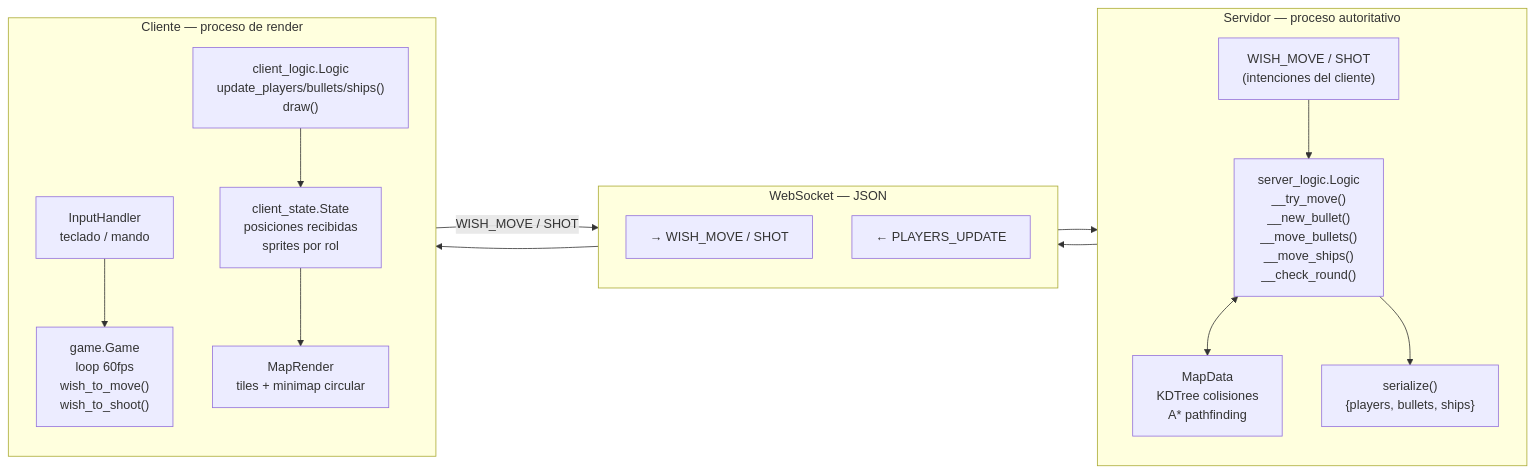
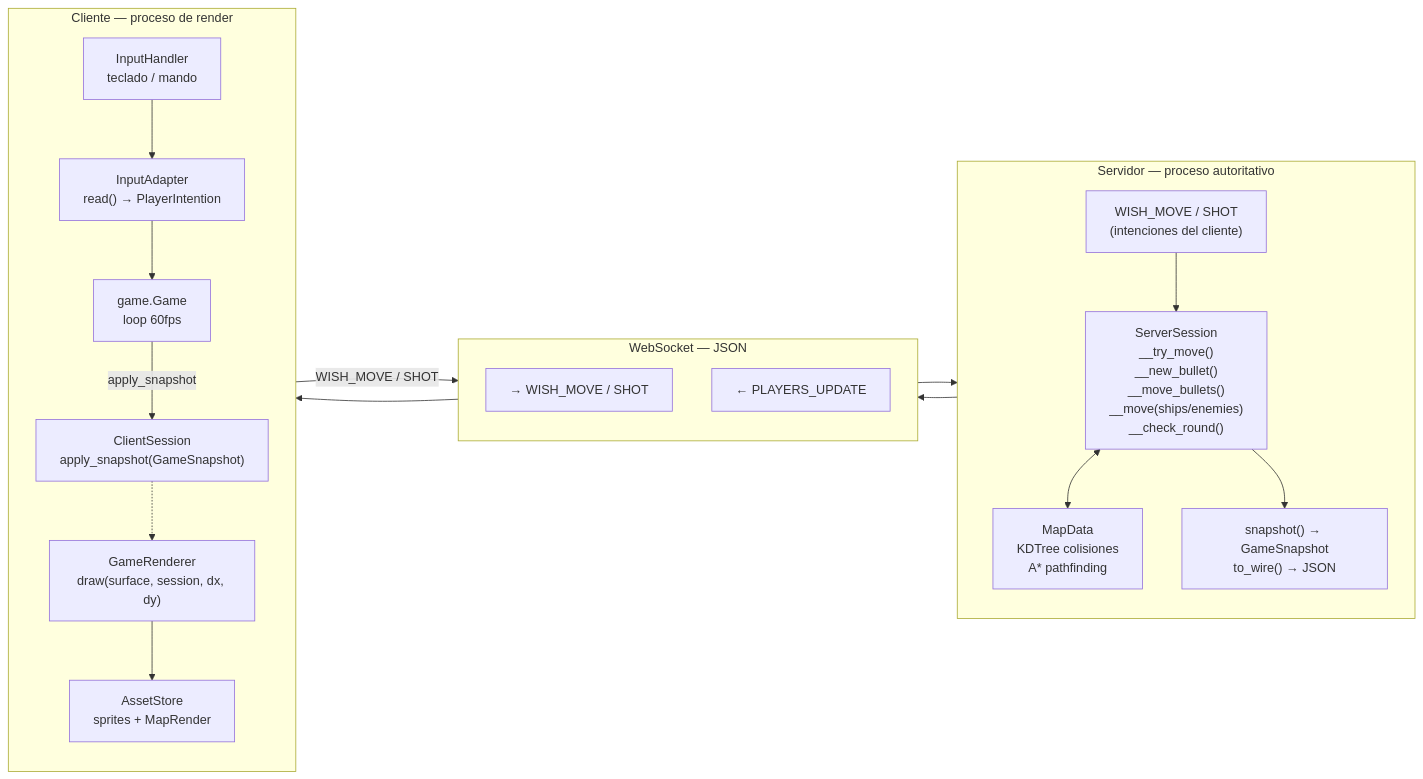
The fifth of 7 diagrams in docs/diagramas/server-client.md (Aouei/pygame_multi), drawn with Mermaid before and after one commit. The commit also changed other lines of this file and 3 other files, not shown here.

````diff
--- a/docs/diagramas/server-client.md
+++ b/docs/diagramas/server-client.md
@@ -96,35 +127,38 @@
 ```mermaid
 flowchart LR
     subgraph SERVIDOR["Servidor — proceso autoritativo"]
         direction TB
         IH_S["WISH_MOVE / SHOT\n(intenciones del cliente)"]
-        LG["server_logic.Logic\n__try_move()\n__new_bullet()\n__move_bullets()\n__move_ships()\n__check_round()"]
-        MD["MapData\nKDTree colisiones\nA* pathfinding"]
-        SER["serialize()\n{players, bullets, ships}"]
-        IH_S --> LG
-        LG <--> MD
-        LG --> SER
+        SS2["ServerSession\n__try_move()\n__new_bullet()\n__move_bullets()\n__move(ships/enemies)\n__check_round()"]
+        MD2["MapData\nKDTree colisiones\nA* pathfinding"]
+        SER["snapshot() → GameSnapshot\nto_wire() → JSON"]
+        IH_S --> SS2
+        SS2 <--> MD2
+        SS2 --> SER
     end
 
     subgraph RED["WebSocket — JSON"]
         direction TB
         WS_IN["→ WISH_MOVE / SHOT"]
         WS_OUT["← PLAYERS_UPDATE"]
     end
 
     subgraph CLIENTE["Cliente — proceso de render"]
         direction TB
         IH_C["InputHandler\nteclado / mando"]
-        CG["game.Game\nloop 60fps\nwish_to_move()\nwish_to_shoot()"]
-        CL["client_logic.Logic\nupdate_players/bullets/ships()\ndraw()"]
-        CS["client_state.State\nposiciones recibidas\nsprites por rol"]
-        MR["MapRender\ntiles + minimap circular"]
-        IH_C --> CG
-        CG -->|"WISH_MOVE / SHOT"| WS_IN
-        WS_OUT --> CL
-        CL --> CS --> MR
+        IA2["InputAdapter\nread() → PlayerIntention"]
+        GAME2["game.Game\nloop 60fps"]
+        CS2["ClientSession\napply_snapshot(GameSnapshot)"]
+        GR2["GameRenderer\ndraw(surface, session, dx, dy)"]
+        AS2["AssetStore\nsprites + MapRender"]
+        IH_C --> IA2 --> GAME2
+        GAME2 -->|"WISH_MOVE / SHOT"| WS_IN
+        WS_OUT --> GAME2
+        GAME2 -->|"apply_snapshot"| CS2
+        GR2 --> AS2
+        CS2 -.-> GR2
     end
 
     SER --> WS_OUT
     WS_IN --> IH_S
 ```
````
